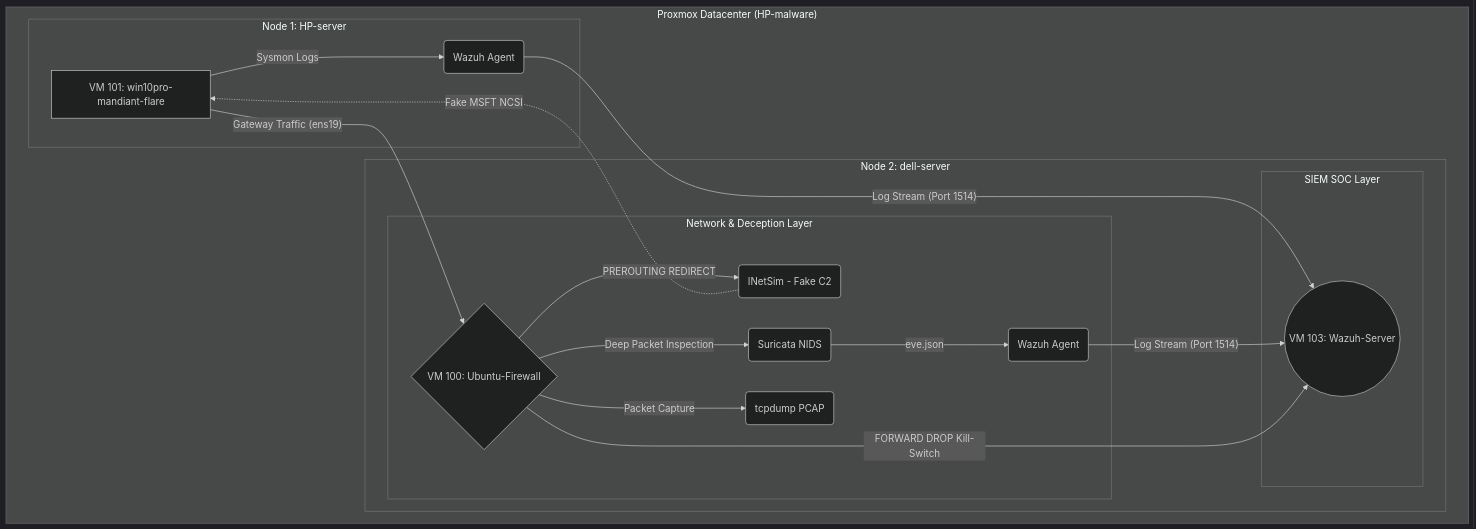
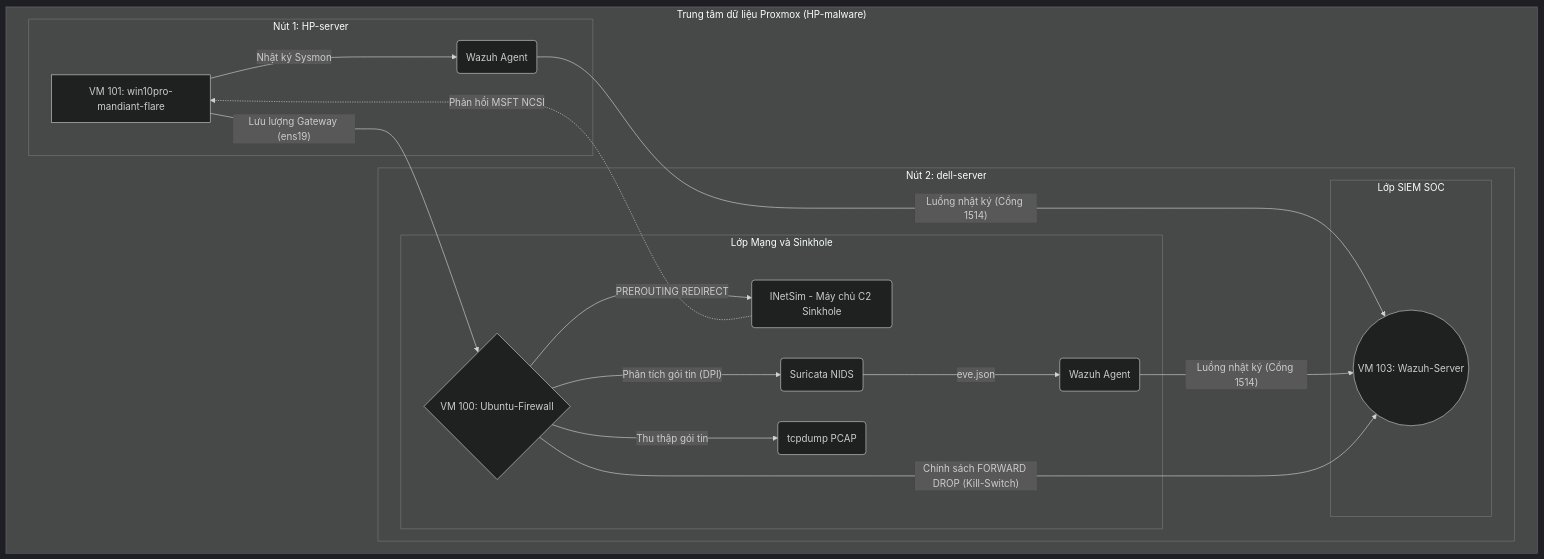
One commit to nguyenduchuywork23-sudo/PoC-Proxmox-Win10-Flarevm-SIEM changed the diagram in README.md. Above: the diagram before and after it, drawn with Mermaid (dark theme). The commit also changed other lines of this file and 1 other file, not shown here.

````diff
--- a/README.md
+++ b/README.md
@@ -8,32 +8,32 @@
 ```mermaid
 graph TD
-    subgraph "Proxmox Datacenter (HP-malware)"
+    subgraph "Trung tâm dữ liệu Proxmox (HP-malware)"
         
-        subgraph "Node 1: HP-server"
-            A[VM 101: win10pro-mandiant-flare] -->|Sysmon Logs| C(Wazuh Agent)
+        subgraph "Nút 1: HP-server"
+            A[VM 101: win10pro-mandiant-flare] -->|Nhật ký Sysmon| C(Wazuh Agent)
         end
 
-        subgraph "Node 2: dell-server"
-            subgraph "Network & Deception Layer"
+        subgraph "Nút 2: dell-server"
+            subgraph "Lớp Mạng và Sinkhole"
                 D{VM 100: Ubuntu-Firewall}
-                E(INetSim - Fake C2)
+                E(INetSim - Máy chủ C2 Sinkhole)
                 F(Suricata NIDS)
                 P(tcpdump PCAP)
                 
-                A -- "Gateway Traffic (ens19)" --> D
+                A -- "Lưu lượng Gateway (ens19)" --> D
                 D -- "PREROUTING REDIRECT" --> E
-                E -. "Fake MSFT NCSI" .-> A
-                D -- "Deep Packet Inspection" --> F
-                D -- "Packet Capture" --> P
+                E -. "Phản hồi MSFT NCSI" .-> A
+                D -- "Phân tích gói tin (DPI)" --> F
+                D -- "Thu thập gói tin" --> P
                 F -->|eve.json| G(Wazuh Agent)
             end
 
-            subgraph "SIEM SOC Layer"
+            subgraph "Lớp SIEM SOC"
                 H((VM 103: Wazuh-Server))
-                C -- "Log Stream (Port 1514)" --> H
-                G -- "Log Stream (Port 1514)" --> H
-                D -- "FORWARD DROP Kill-Switch" --> H
+                C -- "Luồng nhật ký (Cổng 1514)" --> H
+                G -- "Luồng nhật ký (Cổng 1514)" --> H
+                D -- "Chính sách FORWARD DROP (Kill-Switch)" --> H
             end
         end
     end
 ```
````
